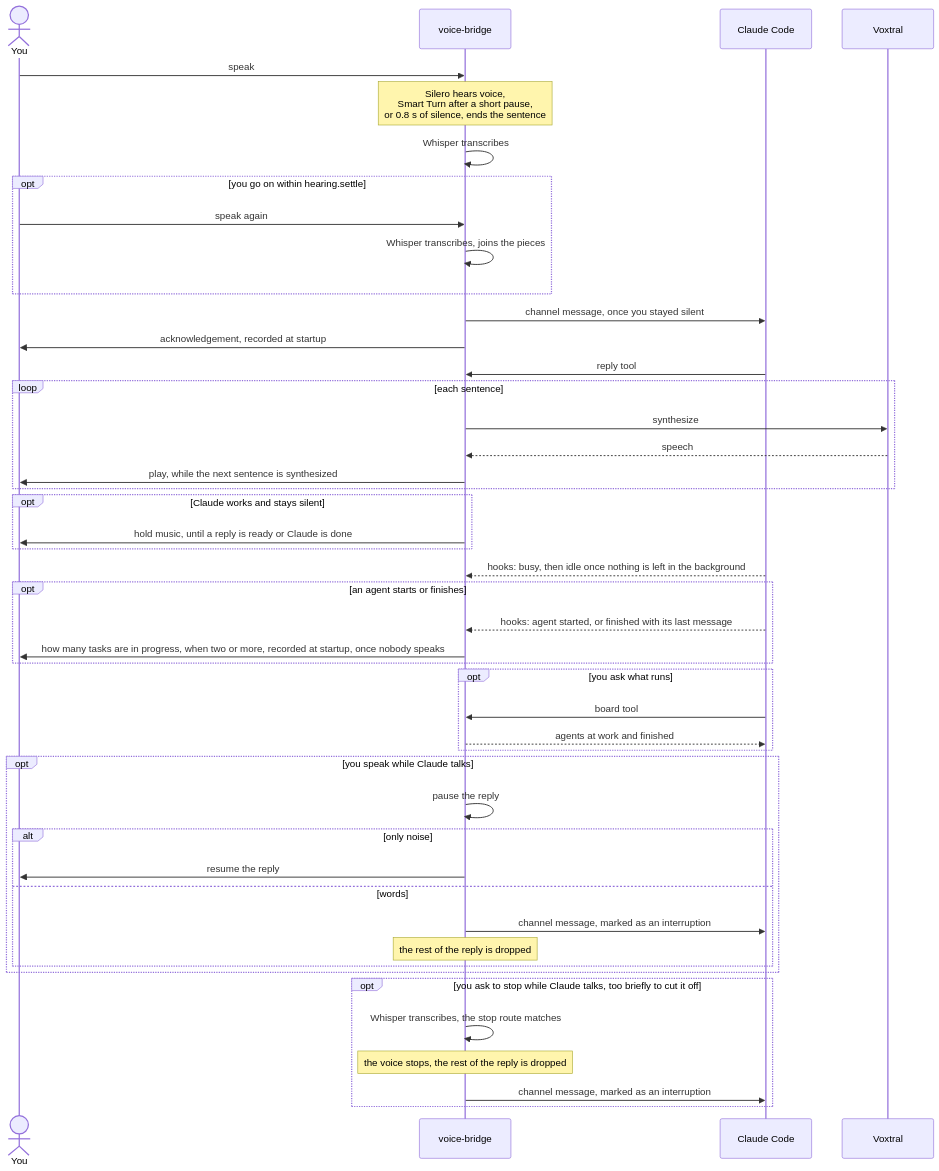
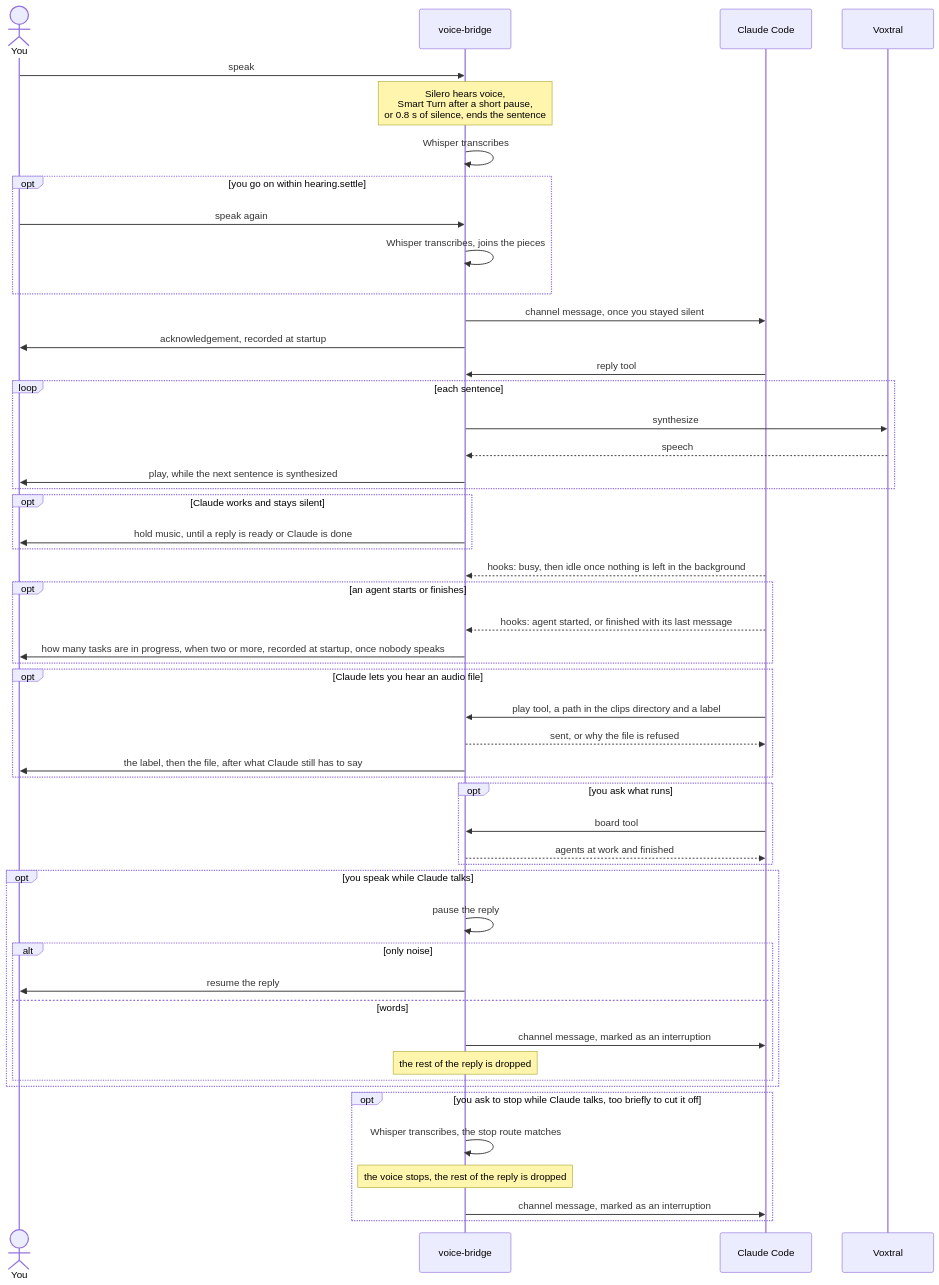
The second of 3 diagrams in README.md (marc-gavanier/voice-bridge), drawn with Mermaid before and after one commit. The commit also changed other lines of this file and 26 other files, not shown here.

First line of the commit message:
feat: let Claude play an audio file to the speaker with a play tool

````diff
--- a/README.md
+++ b/README.md
@@ -49,49 +51,54 @@
 ```mermaid
 sequenceDiagram
     actor you as You
     participant bridge as voice-bridge
     participant claude as Claude Code
     participant voxtral as Voxtral
 
     you->>bridge: speak
     Note over bridge: Silero hears voice,<br/>Smart Turn after a short pause,<br/>or 0.8 s of silence, ends the sentence
     bridge->>bridge: Whisper transcribes
     opt you go on within hearing.settle
         you->>bridge: speak again
         bridge->>bridge: Whisper transcribes, joins the pieces
     end
     bridge->>claude: channel message, once you stayed silent
     bridge->>you: acknowledgement, recorded at startup
     claude->>bridge: reply tool
     loop each sentence
         bridge->>voxtral: synthesize
         voxtral-->>bridge: speech
         bridge->>you: play, while the next sentence is synthesized
     end
     opt Claude works and stays silent
         bridge->>you: hold music, until a reply is ready or Claude is done
     end
     claude-->>bridge: hooks: busy, then idle once nothing is left in the background
     opt an agent starts or finishes
         claude-->>bridge: hooks: agent started, or finished with its last message
         bridge->>you: how many tasks are in progress, when two or more, recorded at startup, once nobody speaks
     end
+    opt Claude lets you hear an audio file
+        claude->>bridge: play tool, a path in the clips directory and a label
+        bridge-->>claude: sent, or why the file is refused
+        bridge->>you: the label, then the file, after what Claude still has to say
+    end
     opt you ask what runs
         claude->>bridge: board tool
         bridge-->>claude: agents at work and finished
     end
     opt you speak while Claude talks
         bridge->>bridge: pause the reply
         alt only noise
             bridge->>you: resume the reply
         else words
             bridge->>claude: channel message, marked as an interruption
             Note over bridge: the rest of the reply is dropped
         end
     end
     opt you ask to stop while Claude talks, too briefly to cut it off
         bridge->>bridge: Whisper transcribes, the stop route matches
         Note over bridge: the voice stops, the rest of the reply is dropped
         bridge->>claude: channel message, marked as an interruption
     end
 ```
````
